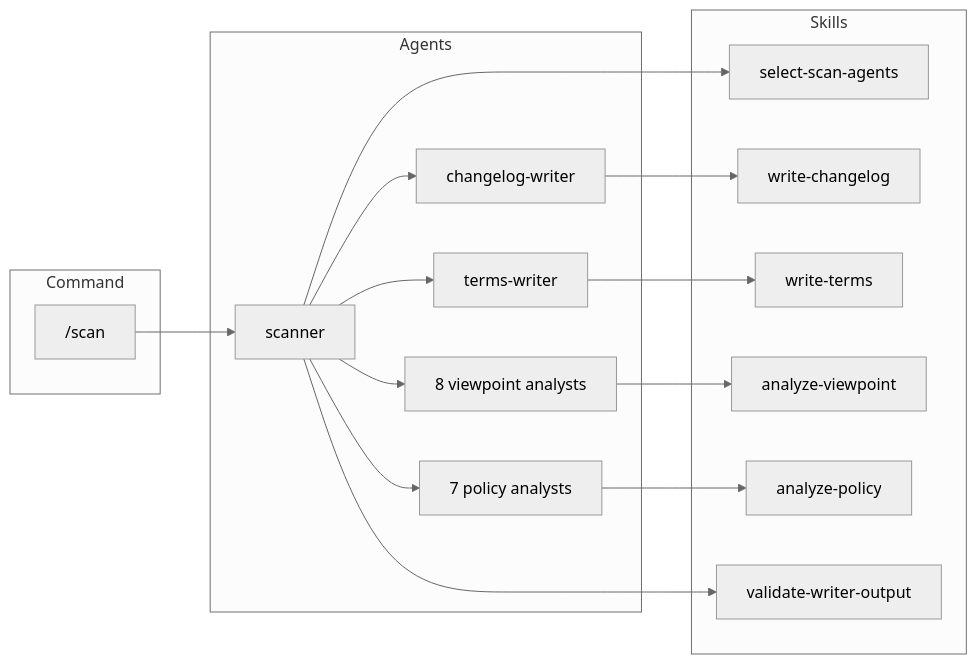
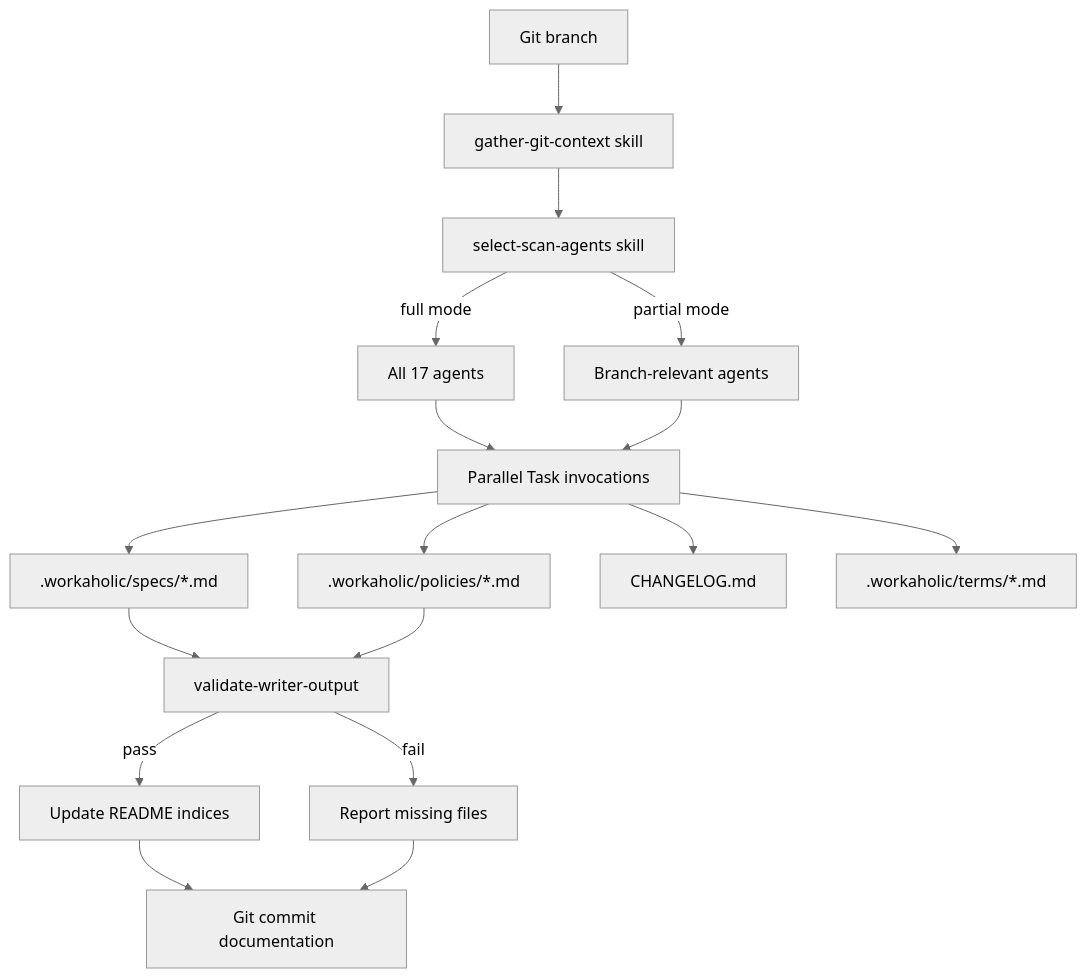
Before and after one commit to qmu/workaholic: the seventh of 8 diagrams in .workaholic/specs/application_ja.md, drawn with Mermaid (neutral theme). The commit also changed other lines of this file and 42 other files, not shown here.

````diff
--- a/.workaholic/specs/application_ja.md
+++ b/.workaholic/specs/application_ja.md
@@ -89,32 +236,25 @@
 ```mermaid
-flowchart LR
-    subgraph Command
-        scan["/scan"]
-    end
+flowchart TD
+    Branch[Git branch] --> Context[gather-git-context skill]
+    Context --> Select[select-scan-agents skill]
 
-    subgraph Agents
-        sc[scanner]
-        VA[8 viewpoint analysts]
-        PA[7 policy analysts]
-        cw[changelog-writer]
-        tw[terms-writer]
-    end
+    Select -->|full mode| All[All 17 agents]
+    Select -->|partial mode| Relevant[Branch-relevant agents]
 
-    subgraph Skills
-        ssa[select-scan-agents]
-        wc[write-changelog]
-        wt[write-terms]
-        av[analyze-viewpoint]
-        ap[analyze-policy]
-        vw[validate-writer-output]
-    end
+    All --> Invoke[Parallel Task invocations]
+    Relevant --> Invoke
 
-    scan --> sc
-    sc --> ssa
-    sc --> VA & PA & cw & tw
-    VA --> av
-    PA --> ap
-    cw --> wc
-    tw --> wt
-    sc --> vw
+    Invoke --> Specs[.workaholic/specs/*.md]
+    Invoke --> Policies[.workaholic/policies/*.md]
+    Invoke --> Changelog[CHANGELOG.md]
+    Invoke --> Terms[.workaholic/terms/*.md]
+
+    Specs --> Validate[validate-writer-output]
+    Policies --> Validate
+
+    Validate -->|pass| Index[Update README indices]
+    Validate -->|fail| Report[Report missing files]
+
+    Index --> DocCommit[Git commit documentation]
+    Report --> DocCommit
 ```
````
